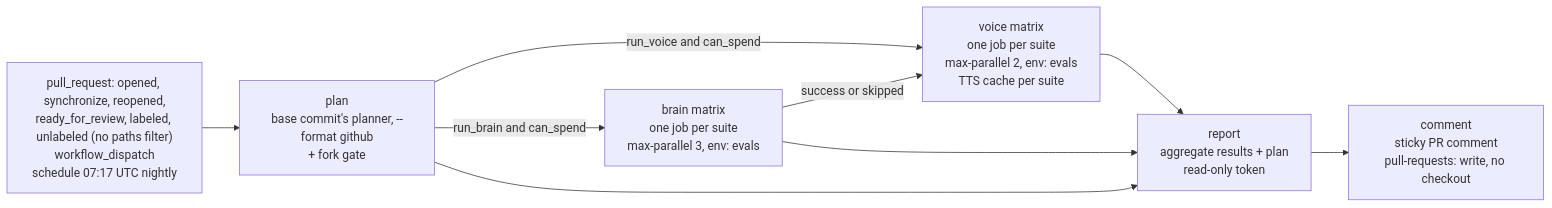
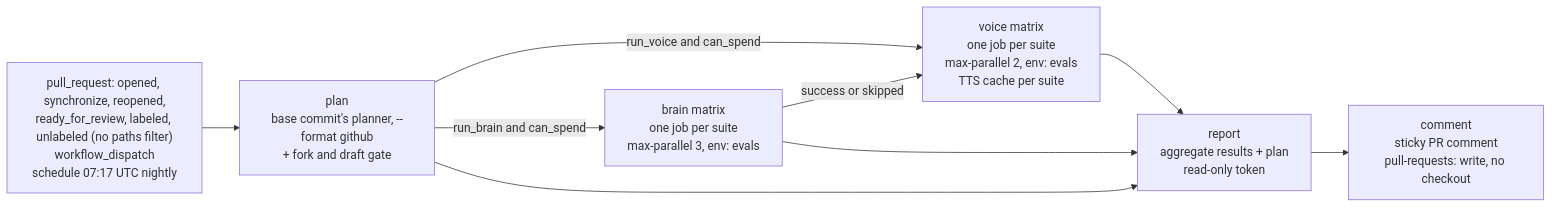
Before and after one commit to andreasbloomquist/gpt-live-demo: the fifth of 5 diagrams in docs/evals.md, drawn with Mermaid. The commit also changed other lines of this file and 20 other files, not shown here.

````diff
--- a/docs/evals.md
+++ b/docs/evals.md
@@ -725,11 +725,11 @@
 ```mermaid
 flowchart LR
     Trig["pull_request: opened, synchronize, reopened,<br/>ready_for_review, labeled, unlabeled (no paths filter)<br/>workflow_dispatch<br/>schedule 07:17 UTC nightly"] --> Plan
-    Plan["plan<br/>base commit's planner, --format github<br/>+ fork gate"] -- "run_brain and can_spend" --> Brain
+    Plan["plan<br/>base commit's planner, --format github<br/>+ fork and draft gate"] -- "run_brain and can_spend" --> Brain
     Plan -- "run_voice and can_spend" --> Voice
     Brain["brain matrix<br/>one job per suite<br/>max-parallel 3, env: evals"] -- "success or skipped" --> Voice
     Voice["voice matrix<br/>one job per suite<br/>max-parallel 2, env: evals<br/>TTS cache per suite"] --> Report
     Brain --> Report
     Plan --> Report["report<br/>aggregate results + plan<br/>read-only token"]
     Report --> Comment["comment<br/>sticky PR comment<br/>pull-requests: write, no checkout"]
 ```
````
